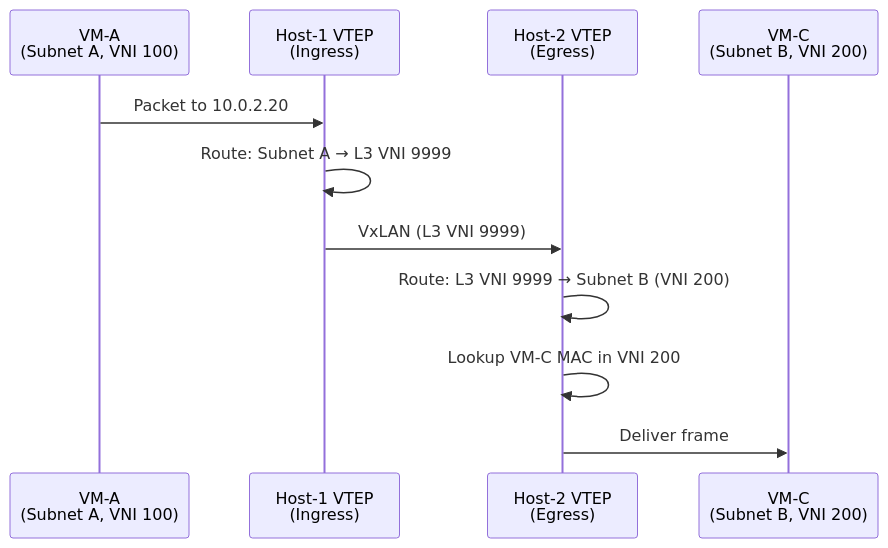
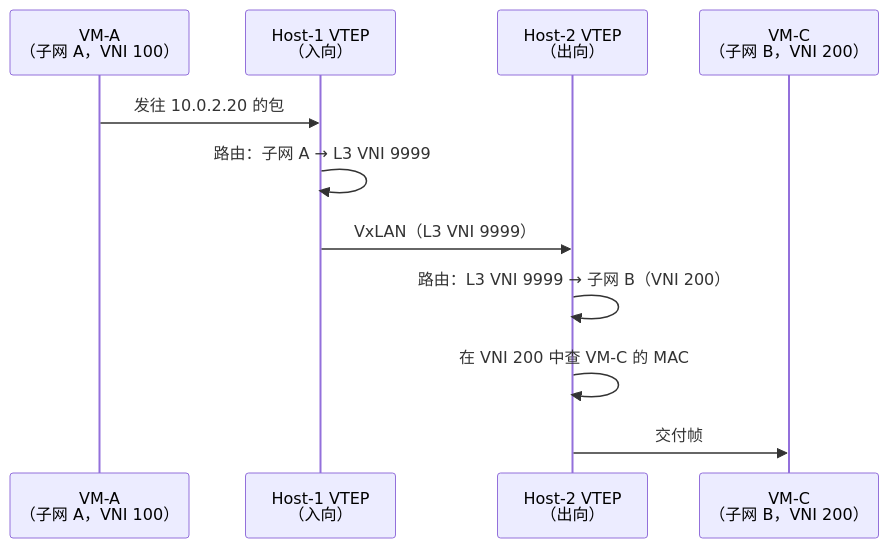
Before and after one commit to caozhiyi/network-book: the fifth of 6 diagrams in docs/09.跨子网通信分布式网关与三层路由.md, drawn with Mermaid. The commit also changed other lines of this file and 77 other files, not shown here.

````diff
--- a/docs/09.跨子网通信分布式网关与三层路由.md
+++ b/docs/09.跨子网通信分布式网关与三层路由.md
@@ -203,14 +201,14 @@
 ```mermaid
 sequenceDiagram
-    participant VMA as VM-A<br/>(Subnet A, VNI 100)
-    participant H1 as Host-1 VTEP<br/>(Ingress)
-    participant H2 as Host-2 VTEP<br/>(Egress)
-    participant VMC as VM-C<br/>(Subnet B, VNI 200)
+    participant VMA as VM-A<br/>（子网 A，VNI 100）
+    participant H1 as Host-1 VTEP<br/>（入向）
+    participant H2 as Host-2 VTEP<br/>（出向）
+    participant VMC as VM-C<br/>（子网 B，VNI 200）
 
-    VMA->>H1: Packet to 10.0.2.20
-    H1->>H1: Route: Subnet A → L3 VNI 9999
-    H1->>H2: VxLAN (L3 VNI 9999)
-    H2->>H2: Route: L3 VNI 9999 → Subnet B (VNI 200)
-    H2->>H2: Lookup VM-C MAC in VNI 200
-    H2->>VMC: Deliver frame
+    VMA->>H1: 发往 10.0.2.20 的包
+    H1->>H1: 路由：子网 A → L3 VNI 9999
+    H1->>H2: VxLAN（L3 VNI 9999）
+    H2->>H2: 路由：L3 VNI 9999 → 子网 B（VNI 200）
+    H2->>H2: 在 VNI 200 中查 VM-C 的 MAC
+    H2->>VMC: 交付帧
 ```
````
